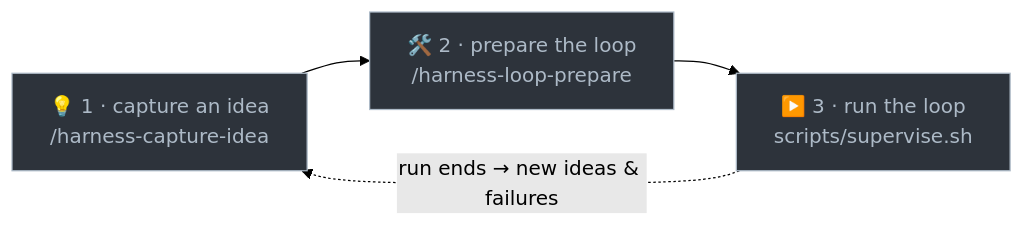
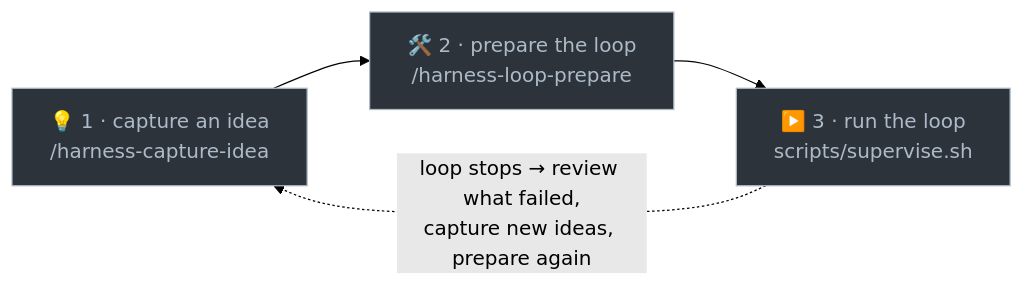
The diagram in plugins/implementation-harness/README.md (RyanMKrol/claude-skills), drawn with Mermaid (forest theme) before and after one commit. The commit also changed other lines of this file and 1 other file, not shown here.

First line of the commit message:
implementation-harness: README — dashboard note + fuller post-run cycle detail (1.98.2 -> 1.98.3)

````diff
--- a/plugins/implementation-harness/README.md
+++ b/plugins/implementation-harness/README.md
@@ -13,8 +13,8 @@
 ```mermaid
 flowchart LR
     A["💡 1 · capture an idea<br/>/harness-capture-idea"] --> P["🛠️ 2 · prepare the loop<br/>/harness-loop-prepare"]
     P --> S["▶️ 3 · run the loop<br/>scripts/supervise.sh"]
-    S -.->|"run ends → new ideas & failures"| A
+    S -.->|"loop stops → review what failed,<br/>capture new ideas, prepare again"| A
     classDef human fill:#2d333b,stroke:#adbac7,color:#adbac7;
     class A,P,S human;
 ```
````
